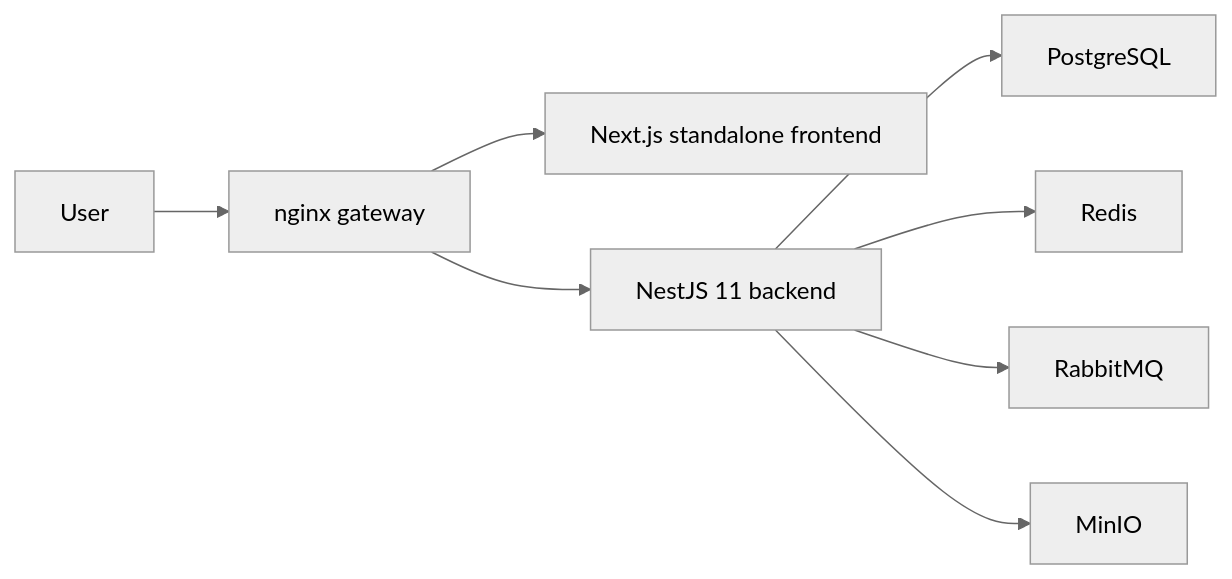
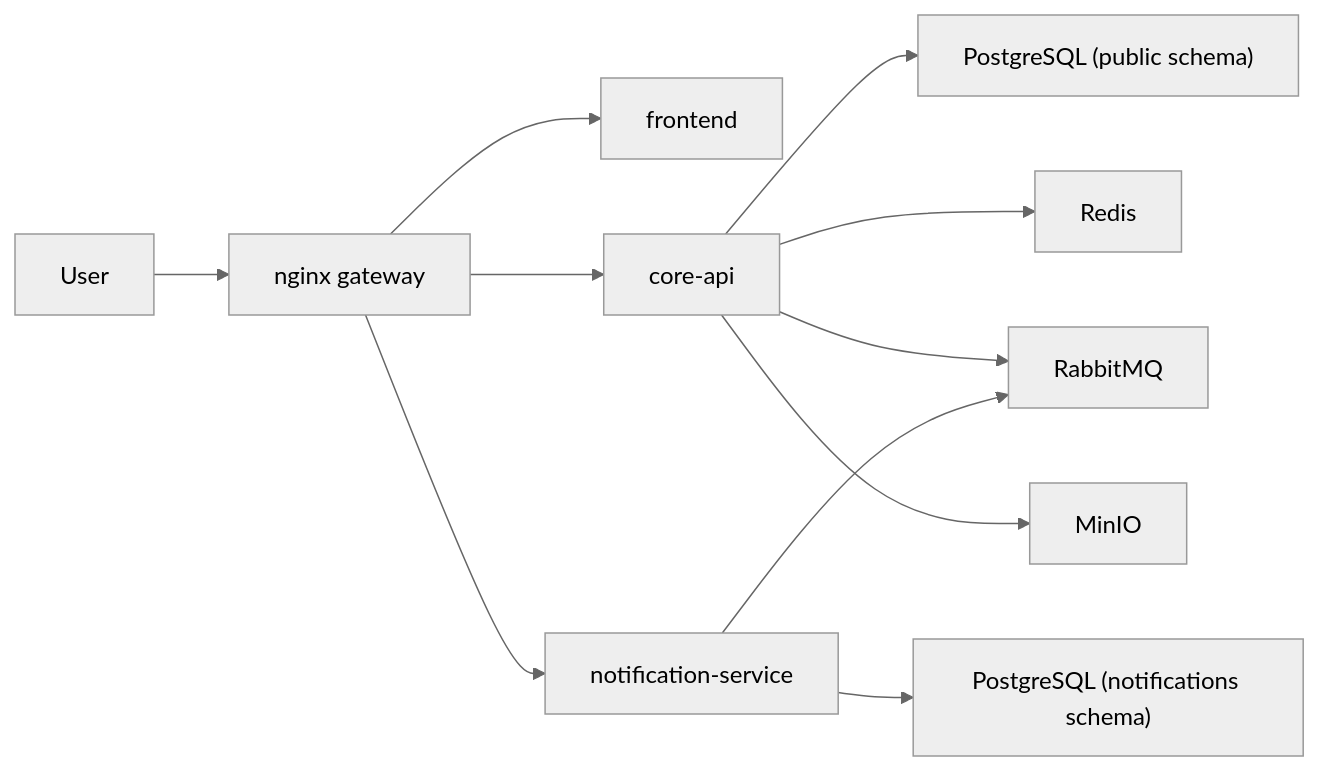
One commit to JasonTM17/CampusCore_FullStack_Individual changed the diagram in README.en.md. Above: the diagram before and after it, drawn with Mermaid (neutral theme). The commit also changed other lines of this file and 7 other files, not shown here.

````diff
--- a/README.en.md
+++ b/README.en.md
@@ -41,10 +25,13 @@
 ```mermaid
 flowchart LR
   U["User"] --> N["nginx gateway"]
-  N --> F["Next.js standalone frontend"]
-  N --> B["NestJS 11 backend"]
-  B --> P["PostgreSQL"]
-  B --> R["Redis"]
-  B --> Q["RabbitMQ"]
-  B --> M["MinIO"]
+  N --> F["frontend"]
+  N --> C["core-api"]
+  N --> S["notification-service"]
+  C --> P["PostgreSQL (public schema)"]
+  S --> PN["PostgreSQL (notifications schema)"]
+  C --> R["Redis"]
+  C --> Q["RabbitMQ"]
+  S --> Q
+  C --> M["MinIO"]
 ```
````
